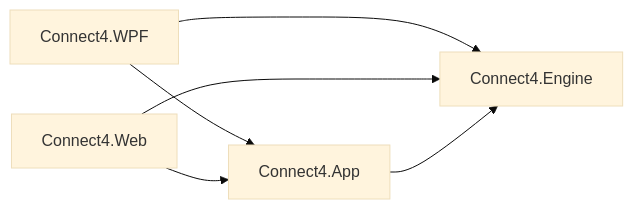
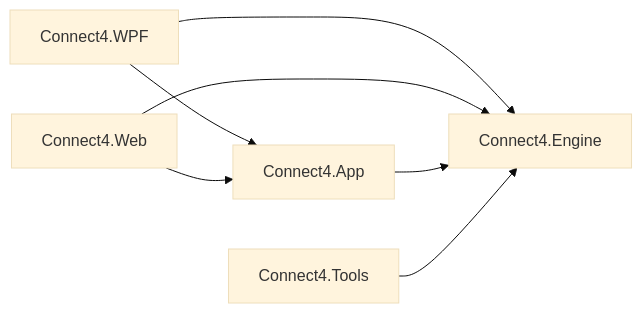
Before and after one commit to cjpkmd/Connect-4: the diagram in docs/brain/01-overview.md, drawn with Mermaid (base theme). The commit also changed other lines of this file and 27 other files, not shown here.

````diff
--- a/docs/brain/01-overview.md
+++ b/docs/brain/01-overview.md
@@ -20,8 +21,9 @@
 ```mermaid
 flowchart LR
     WPF["Connect4.WPF"] --> App["Connect4.App"]
     Web["Connect4.Web"] --> App
     WPF --> Engine["Connect4.Engine"]
     Web --> Engine
     App --> Engine
+    Tools["Connect4.Tools"] --> Engine
 ```
````
